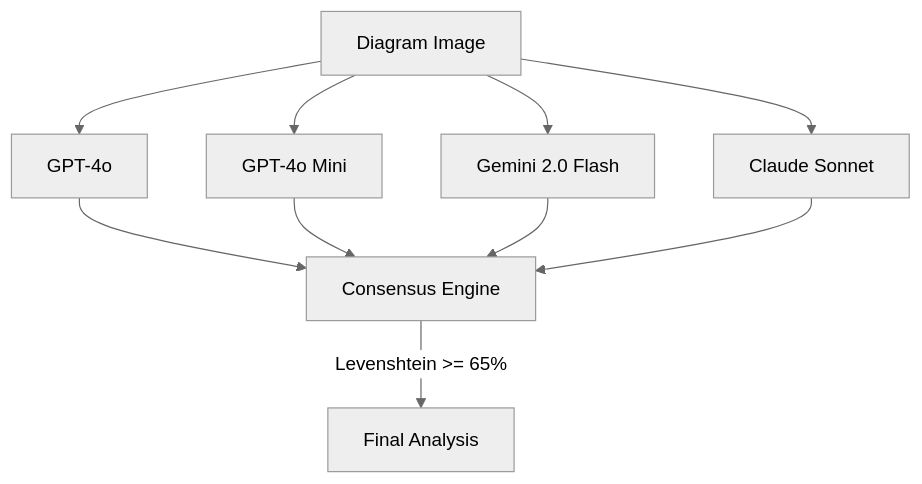
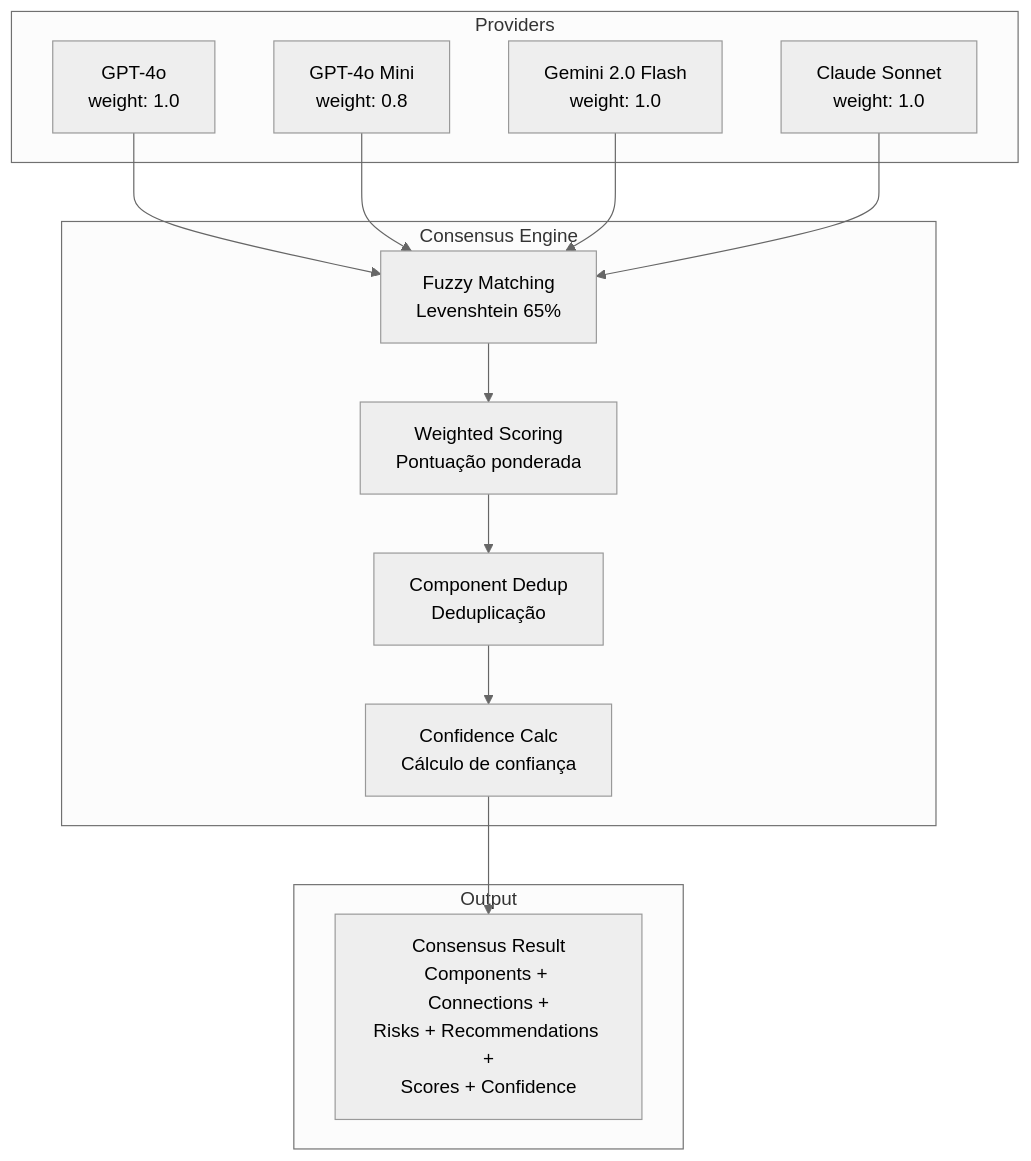
Before and after one commit to ArchLens-Fiap/archlens-ai-processing: the fourth of 5 diagrams in README.md, drawn with Mermaid (neutral theme). The commit also changed other lines of this file, not shown here.

````diff
--- a/README.md
+++ b/README.md
@@ -20,9 +270,30 @@
 ```mermaid
-graph TD
-    IMG[Diagram Image] --> P1[GPT-4o]
-    IMG --> P2[GPT-4o Mini]
-    IMG --> P3[Gemini 2.0 Flash]
-    IMG --> P4[Claude Sonnet]
-    P1 & P2 & P3 & P4 --> CE[Consensus Engine]
-    CE -->|Levenshtein >= 65%| RESULT[Final Analysis]
+graph TB
+    subgraph "Providers"
+        P1[GPT-4o<br/>weight: 1.0]
+        P2[GPT-4o Mini<br/>weight: 0.8]
+        P3[Gemini 2.0 Flash<br/>weight: 1.0]
+        P4[Claude Sonnet<br/>weight: 1.0]
+    end
+
+    subgraph "Consensus Engine"
+        FM[Fuzzy Matching<br/>Levenshtein 65%]
+        WS[Weighted Scoring<br/>Pontuação ponderada]
+        DD[Component Dedup<br/>Deduplicação]
+        CC[Confidence Calc<br/>Cálculo de confiança]
+    end
+
+    subgraph "Output"
+        R[Consensus Result<br/>Components + Connections +<br/>Risks + Recommendations +<br/>Scores + Confidence]
+    end
+
+    P1 --> FM
+    P2 --> FM
+    P3 --> FM
+    P4 --> FM
+
+    FM --> WS
+    WS --> DD
+    DD --> CC
+    CC --> R
 ```
````
